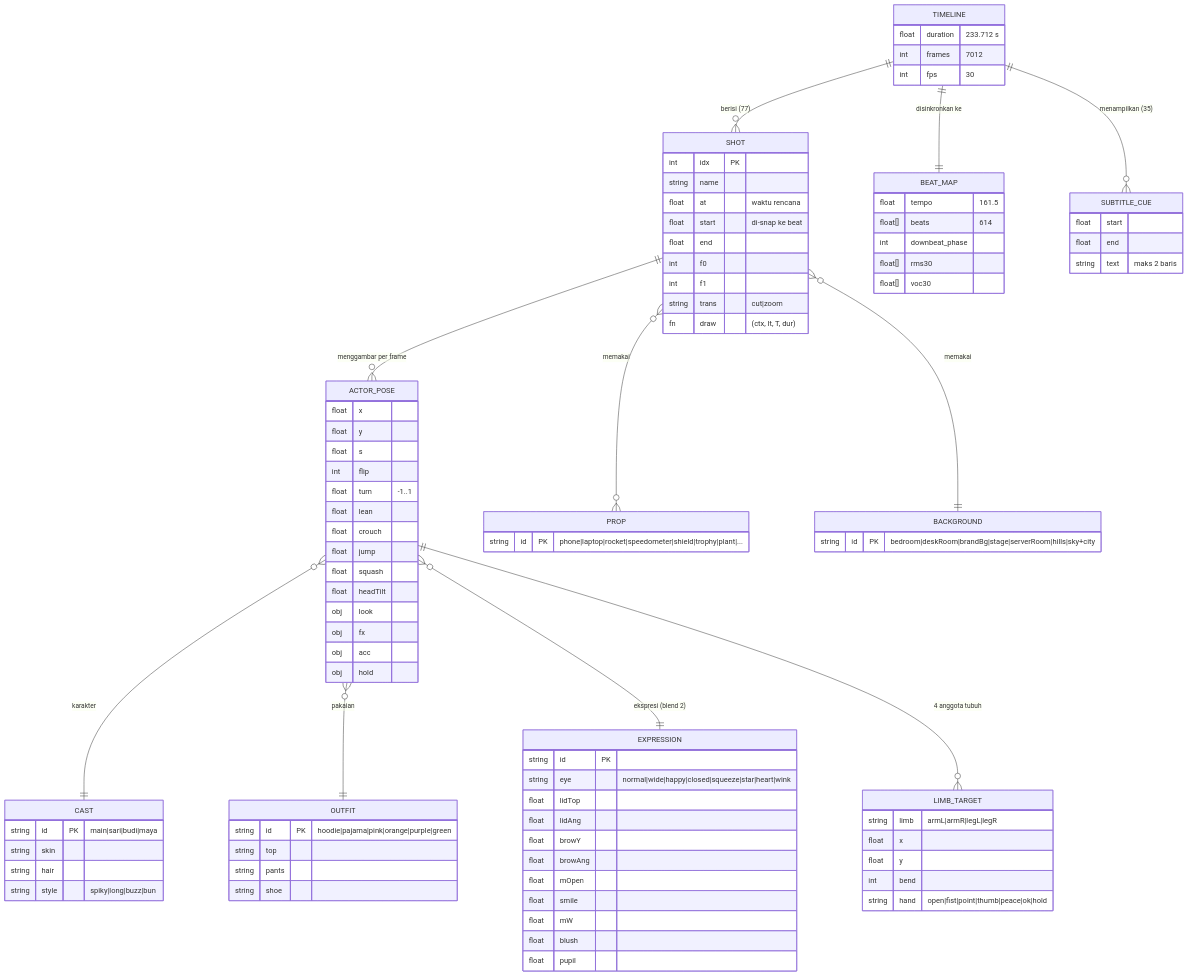
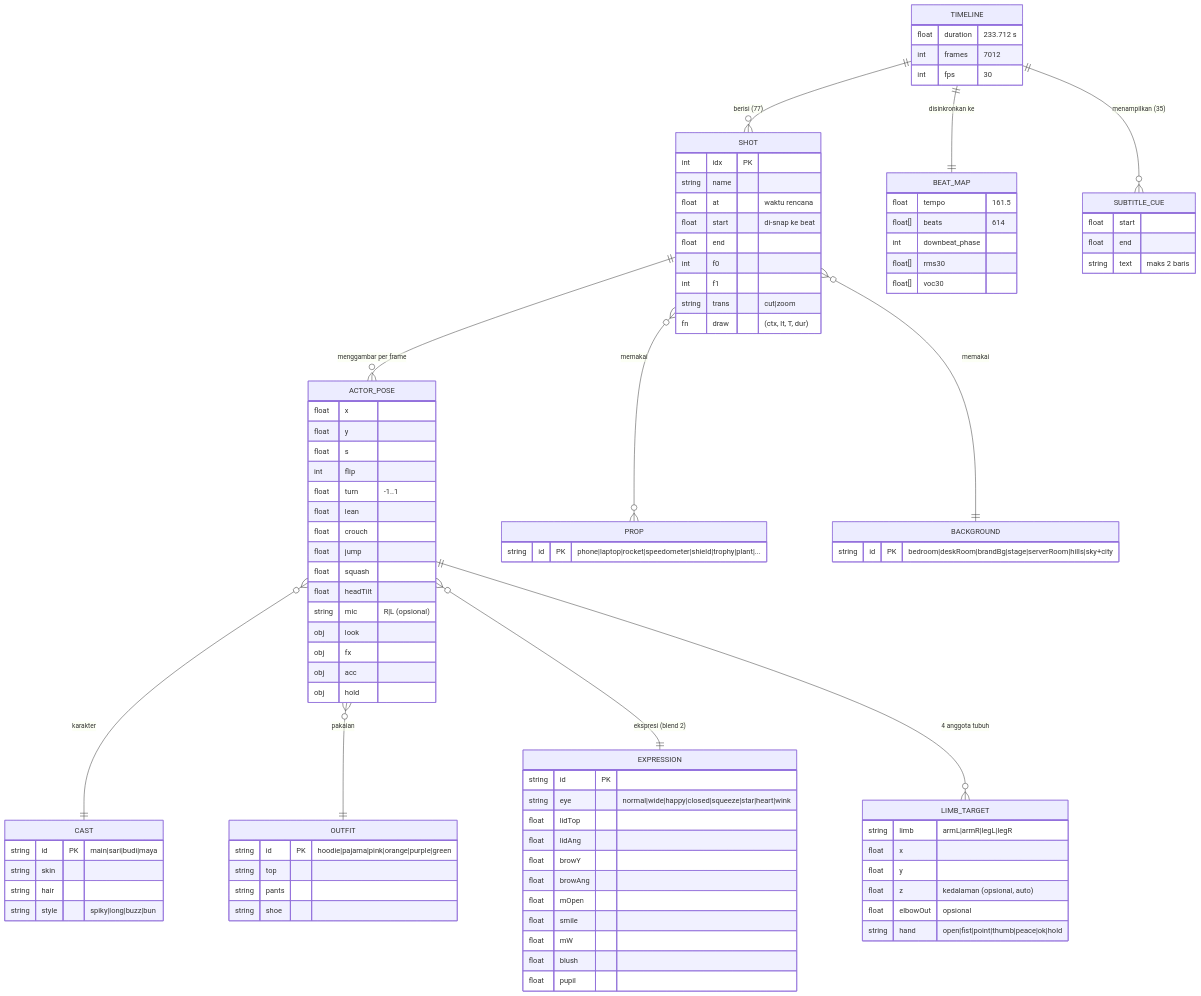
The diagram in media/music-video/docs/DATA-MODEL.md (Dzbot01/Boosteryuk), drawn with Mermaid before and after one commit. The commit also changed other lines of this file and 23 other files, not shown here.

````diff
--- a/media/music-video/docs/DATA-MODEL.md
+++ b/media/music-video/docs/DATA-MODEL.md
@@ -5,25 +5,25 @@
 ```mermaid
 erDiagram
     TIMELINE ||--o{ SHOT : "berisi (77)"
     TIMELINE ||--|| BEAT_MAP : "disinkronkan ke"
     TIMELINE ||--o{ SUBTITLE_CUE : "menampilkan (35)"
     SHOT ||--o{ ACTOR_POSE : "menggambar per frame"
     SHOT }o--o{ PROP : "memakai"
     SHOT }o--|| BACKGROUND : "memakai"
     ACTOR_POSE }o--|| CAST : "karakter"
     ACTOR_POSE }o--|| OUTFIT : "pakaian"
     ACTOR_POSE }o--|| EXPRESSION : "ekspresi (blend 2)"
     ACTOR_POSE ||--o{ LIMB_TARGET : "4 anggota tubuh"
 
     TIMELINE { float duration "233.712 s" int frames "7012" int fps "30" }
     SHOT { int idx PK string name float at "waktu rencana" float start "di-snap ke beat" float end int f0 int f1 string trans "cut|zoom" fn draw "(ctx, lt, T, dur)" }
     BEAT_MAP { float tempo "161.5" float[] beats "614" int downbeat_phase float[] rms30 float[] voc30 }
     SUBTITLE_CUE { float start float end string text "maks 2 baris" }
-    ACTOR_POSE { float x float y float s int flip float turn "-1..1" float lean float crouch float jump float squash float headTilt obj look obj fx obj acc obj hold }
-    LIMB_TARGET { string limb "armL|armR|legL|legR" float x float y int bend string hand "open|fist|point|thumb|peace|ok|hold" }
+    ACTOR_POSE { float x float y float s int flip float turn "-1..1" float lean float crouch float jump float squash float headTilt string mic "R|L (opsional)" obj look obj fx obj acc obj hold }
+    LIMB_TARGET { string limb "armL|armR|legL|legR" float x float y float z "kedalaman (opsional, auto)" float elbowOut "opsional" string hand "open|fist|point|thumb|peace|ok|hold" }
     CAST { string id PK "main|sari|budi|maya" string skin string hair string style "spiky|long|buzz|bun" }
     OUTFIT { string id PK "hoodie|pajama|pink|orange|purple|green" string top string pants string shoe }
     EXPRESSION { string id PK string eye "normal|wide|happy|closed|squeeze|star|heart|wink" float lidTop float lidAng float browY float browAng float mOpen float smile float mW float blush float pupil }
     PROP { string id PK "phone|laptop|rocket|speedometer|shield|trophy|plant|..." }
     BACKGROUND { string id PK "bedroom|deskRoom|brandBg|stage|serverRoom|hills|sky+city" }
 ```
````
